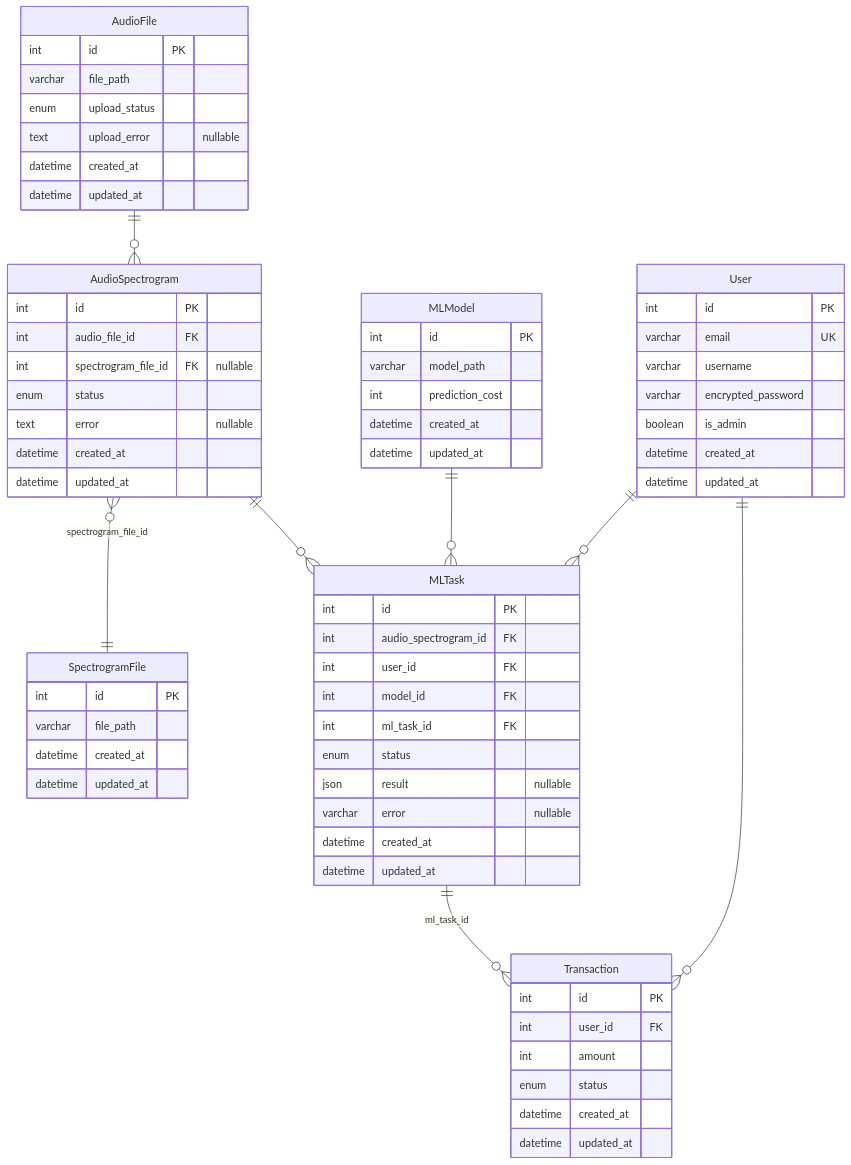
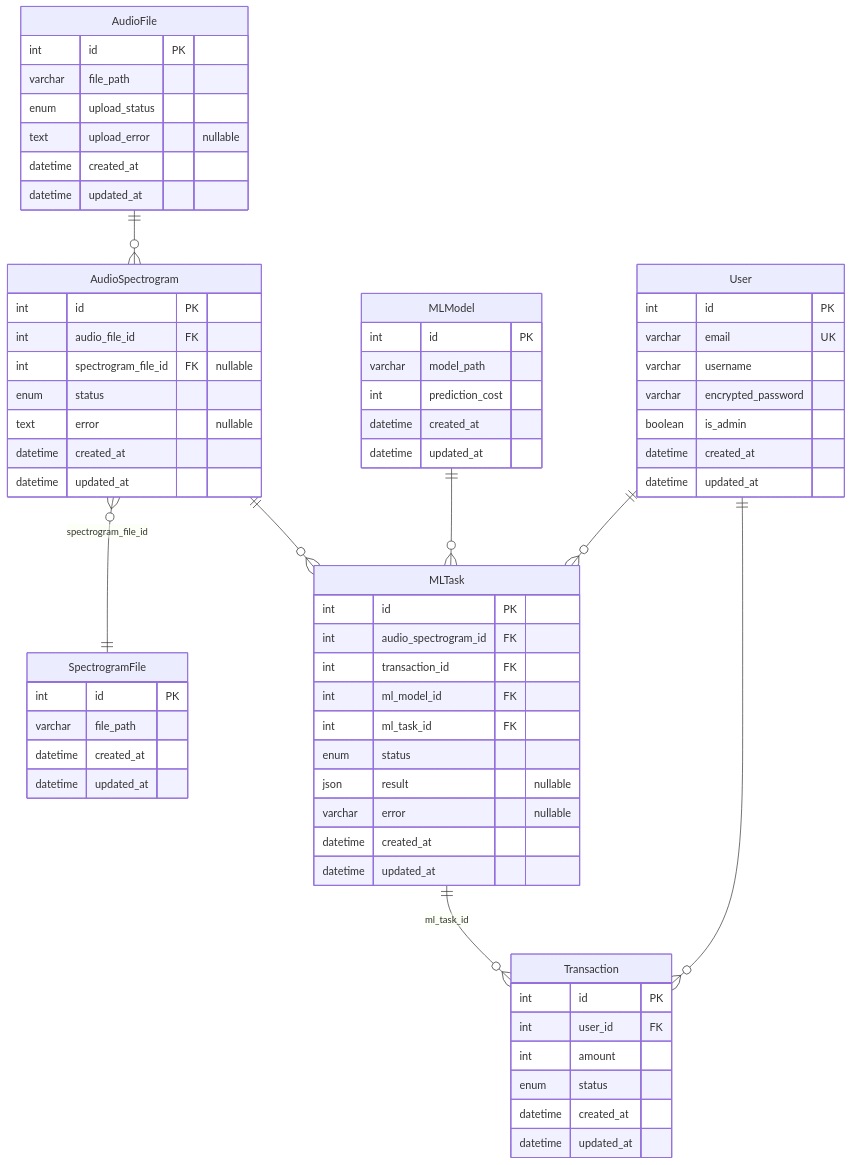
Before and after one commit to Ch1g/MusicGenreSommelierAI: the second of 2 diagrams in README.md, drawn with Mermaid. The commit also changed other lines of this file and 4 other files, not shown here.

````diff
--- a/README.md
+++ b/README.md
@@ -110,76 +99,76 @@
 ```mermaid
 erDiagram
     User {
         int id PK
         varchar email UK
         varchar username
         varchar encrypted_password
         boolean is_admin
         datetime created_at
         datetime updated_at
     }
 
     AudioFile {
         int id PK
         varchar file_path
         enum upload_status
         text upload_error "nullable"
         datetime created_at
         datetime updated_at
     }
 
     SpectrogramFile {
         int id PK
         varchar file_path
         datetime created_at
         datetime updated_at
     }
 
     AudioSpectrogram {
         int id PK
         int audio_file_id FK
         int spectrogram_file_id FK "nullable"
         enum status
         text error "nullable"
         datetime created_at
         datetime updated_at
     }
 
     MLModel {
         int id PK
         varchar model_path
         int prediction_cost
         datetime created_at
         datetime updated_at
     }
 
     MLTask {
         int id PK
         int audio_spectrogram_id FK
-        int user_id FK
-        int model_id FK
+        int transaction_id FK
+        int ml_model_id FK
         int ml_task_id FK
         enum status
         json result "nullable"
         varchar error "nullable"
         datetime created_at
         datetime updated_at
     }
 
     Transaction {
         int id PK
         int user_id FK
         int amount
         enum status
         datetime created_at
         datetime updated_at
     }
 
     User ||--o{ MLTask : ""
     User ||--o{ Transaction : ""
     MLTask ||--o{ Transaction : "ml_task_id"
     MLModel ||--o{ MLTask : ""
     AudioFile ||--o{ AudioSpectrogram : ""
     AudioSpectrogram }o--|| SpectrogramFile : "spectrogram_file_id"
     AudioSpectrogram ||--o{ MLTask : ""
 ```
````
